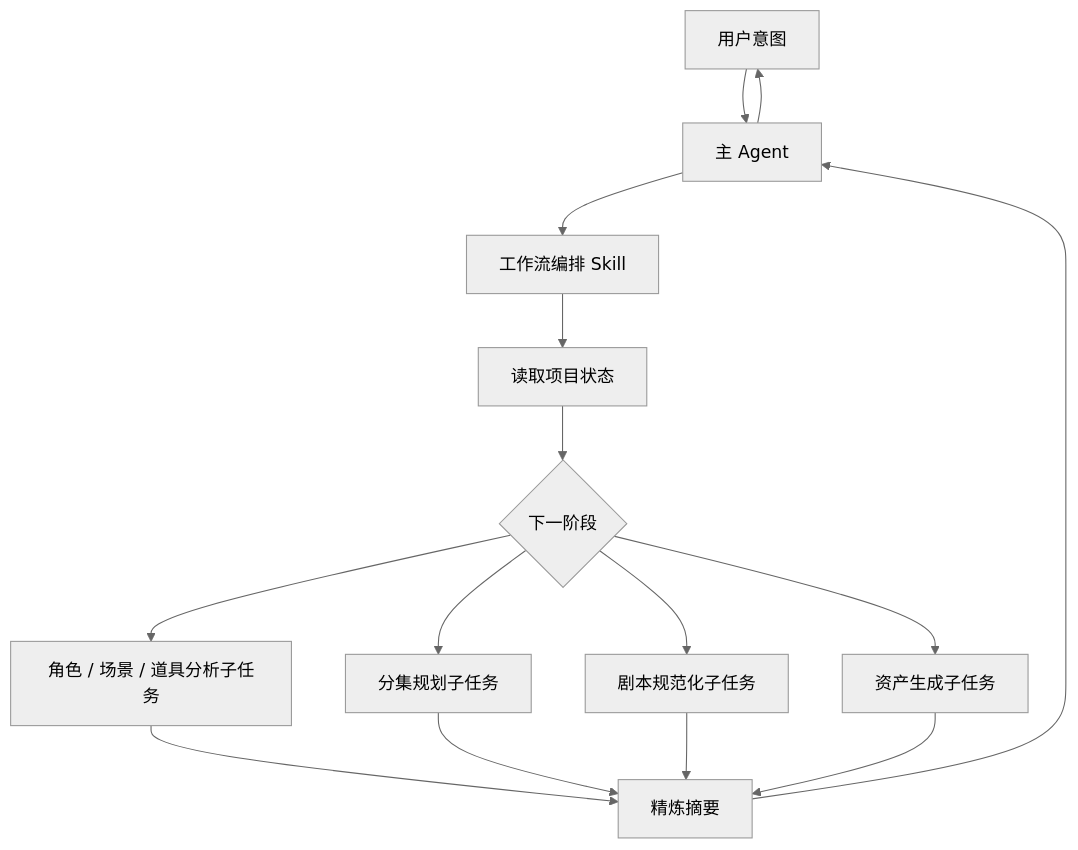
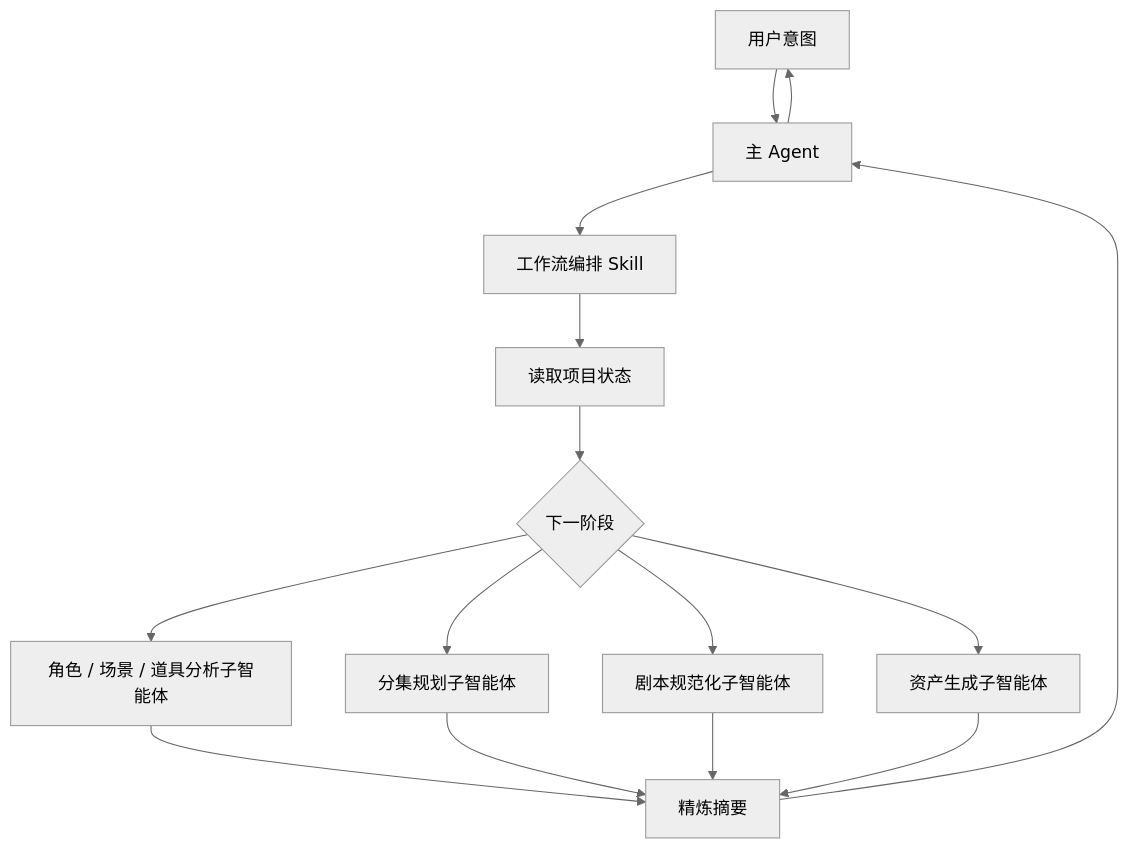
Before and after one commit to ArcReel/ArcReel: the second of 3 diagrams in website/docs/dev/architecture.md, drawn with Mermaid (neutral theme). The commit also changed other lines of this file and 50 other files, not shown here.

````diff
--- a/website/docs/dev/architecture.md
+++ b/website/docs/dev/architecture.md
@@ -94,17 +94,17 @@
 ```mermaid
 flowchart TD
     U["用户意图"] --> MAIN["主 Agent"]
     MAIN --> SKILL["工作流编排 Skill"]
     SKILL --> STATE["读取项目状态"]
     STATE --> DECIDE{"下一阶段"}
-    DECIDE --> A["角色 / 场景 / 道具分析子任务"]
-    DECIDE --> B["分集规划子任务"]
-    DECIDE --> C["剧本规范化子任务"]
-    DECIDE --> D["资产生成子任务"]
+    DECIDE --> A["角色 / 场景 / 道具分析子智能体"]
+    DECIDE --> B["分集规划子智能体"]
+    DECIDE --> C["剧本规范化子智能体"]
+    DECIDE --> D["资产生成子智能体"]
     A --> SUMMARY["精炼摘要"]
     B --> SUMMARY
     C --> SUMMARY
     D --> SUMMARY
     SUMMARY --> MAIN
     MAIN --> U
 ```
````
